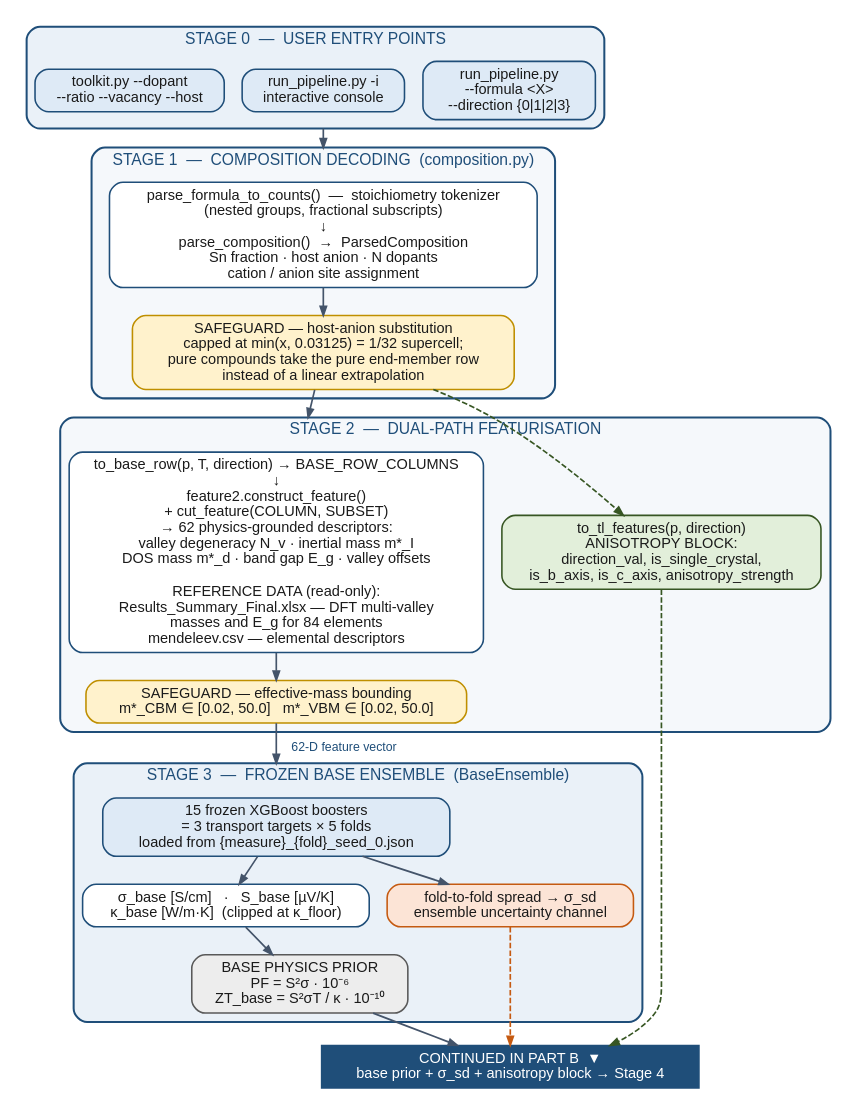
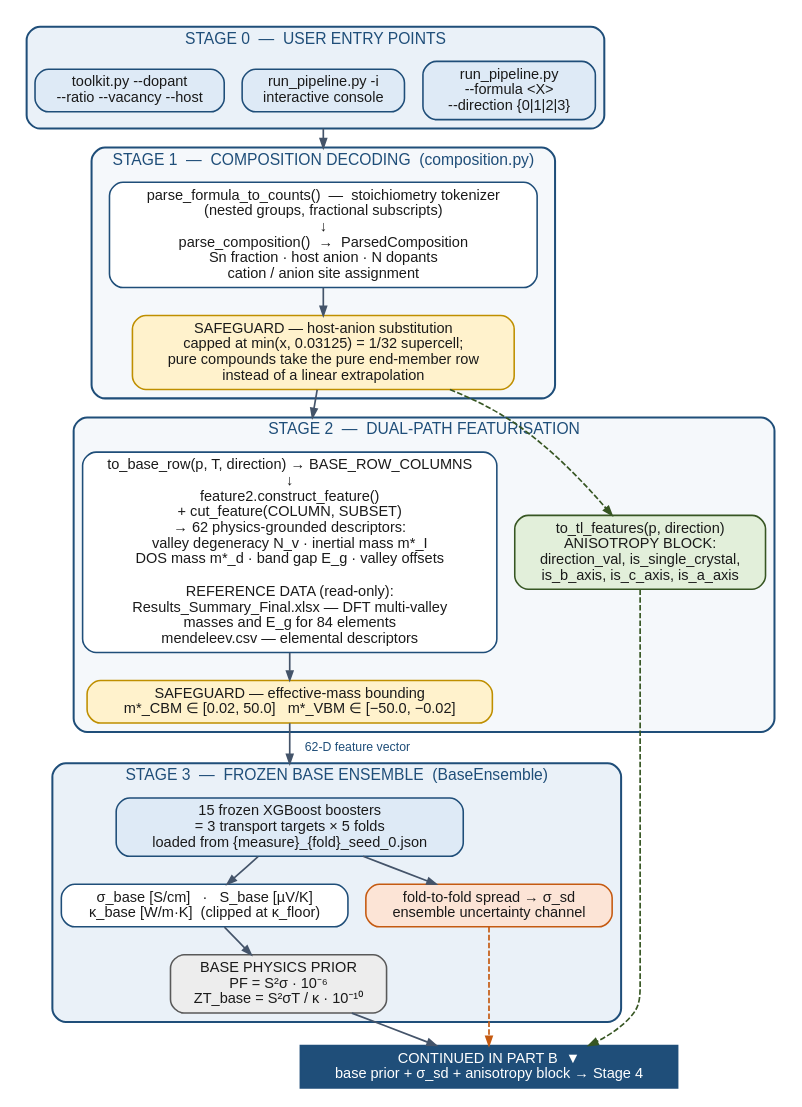
One commit to NischalRaj16/thermoelectric-discovery-engine changed the diagram in docs_assets/architecture_part_a.dot. Above: the diagram before and after it, drawn with Graphviz. The commit also changed 7 other files, not shown here.

```diff
--- a/docs_assets/architecture_part_a.dot
+++ b/docs_assets/architecture_part_a.dot
@@ -1,59 +1,59 @@
 digraph PARTA {
   graph [fontname="Helvetica", bgcolor="white", rankdir=TB, splines=spline,
          nodesep=0.22, ranksep=0.34, compound=true, pad=0.12];
   node  [fontname="Helvetica", shape=box, style="filled,rounded", penwidth=1.4,
          fontsize=13, margin="0.13,0.075", color="#1F4E79", fillcolor="#FFFFFF", fontcolor="#1A1A1A"];
   edge  [fontname="Helvetica", fontsize=11, color="#44546A", arrowsize=0.8,
          penwidth=1.5, fontcolor="#1F4E79"];
 
   subgraph cluster_entry {
     label="STAGE 0  —  USER ENTRY POINTS"; fontsize=14; fontcolor="#1F4E79";
     style="filled,rounded"; fillcolor="#EAF1F8"; color="#1F4E79"; penwidth=1.8;
     e1 [label="run_pipeline.py\n--formula <X>\n--direction {0|1|2|3}", fillcolor="#DEEAF6"];
     e2 [label="run_pipeline.py -i\ninteractive console", fillcolor="#DEEAF6"];
     e3 [label="toolkit.py --dopant\n--ratio --vacancy --host", fillcolor="#DEEAF6"];
     {rank=same; e1; e2; e3;}
   }
 
   subgraph cluster_comp {
     label="STAGE 1  —  COMPOSITION DECODING  (composition.py)"; fontsize=14;
     fontcolor="#1F4E79"; style="filled,rounded"; fillcolor="#F5F8FB"; color="#1F4E79"; penwidth=1.8;
     c1 [label="parse_formula_to_counts()  —  stoichiometry tokenizer\n(nested groups, fractional subscripts)\n↓\nparse_composition()  →  ParsedComposition\nSn fraction · host anion · N dopants\ncation / anion site assignment"];
     c3 [label="SAFEGUARD — host-anion substitution\ncapped at min(x, 0.03125) = 1/32 supercell;\npure compounds take the pure end-member row\ninstead of a linear extrapolation",
         fillcolor="#FFF2CC", color="#BF8F00"];
     c1 -> c3;
   }
 
 
   subgraph cluster_feat {
     label="STAGE 2  —  DUAL-PATH FEATURISATION"; fontsize=14;
     fontcolor="#1F4E79"; style="filled,rounded"; fillcolor="#F5F8FB"; color="#1F4E79"; penwidth=1.8;
     f3 [label="to_base_row(p, T, direction) → BASE_ROW_COLUMNS\n↓\nfeature2.construct_feature()\n+ cut_feature(COLUMN, SUBSET)\n→ 62 physics-grounded descriptors:\nvalley degeneracy N_v · inertial mass m*_I\nDOS mass m*_d · band gap E_g · valley offsets\n\nREFERENCE DATA (read-only):\nResults_Summary_Final.xlsx — DFT multi-valley\nmasses and E_g for 84 elements\nmendeleev.csv — elemental descriptors"];
-    f4 [label="SAFEGUARD — effective-mass bounding\nm*_CBM ∈ [0.02, 50.0]   m*_VBM ∈ [0.02, 50.0]",
+    f4 [label="SAFEGUARD — effective-mass bounding\nm*_CBM ∈ [0.02, 50.0]   m*_VBM ∈ [−50.0, −0.02]",
         fillcolor="#FFF2CC", color="#BF8F00"];
-    f2 [label="to_tl_features(p, direction)\nANISOTROPY BLOCK:\ndirection_val, is_single_crystal,\nis_b_axis, is_c_axis, anisotropy_strength",
+    f2 [label="to_tl_features(p, direction)\nANISOTROPY BLOCK:\ndirection_val, is_single_crystal,\nis_b_axis, is_c_axis, is_a_axis",
         fillcolor="#E2EFDA", color="#375623"];
     f3 -> f4;
   }
 
   subgraph cluster_base {
     label="STAGE 3  —  FROZEN BASE ENSEMBLE  (BaseEnsemble)"; fontsize=14;
     fontcolor="#1F4E79"; style="filled,rounded"; fillcolor="#EAF1F8"; color="#1F4E79"; penwidth=1.8;
     b0 [label="15 frozen XGBoost boosters\n= 3 transport targets × 5 folds\nloaded from {measure}_{fold}_seed_0.json", fillcolor="#DEEAF6"];
     b1 [label="σ_base [S/cm]   ·   S_base [µV/K]\nκ_base [W/m·K]  (clipped at κ_floor)"];
     b4 [label="fold-to-fold spread → σ_sd\nensemble uncertainty channel", fillcolor="#FCE4D6", color="#C55A11"];
     bp [label="BASE PHYSICS PRIOR\nPF = S²σ · 10⁻⁶\nZT_base = S²σT / κ · 10⁻¹⁰", fillcolor="#EDEDED", color="#595959"];
     b0 -> b1; b0 -> b4; b1 -> bp;
     {rank=same; b1; b4;}
   }
 
   cont [label="CONTINUED IN PART B  ▼\nbase prior + σ_sd + anisotropy block → Stage 4",
         shape=box, style="filled", fillcolor="#1F4E79", fontcolor="#FFFFFF", color="#1F4E79", fontsize=13];
 
   e2 -> c1 [lhead=cluster_comp, ltail=cluster_entry];
   c3 -> f3 [lhead=cluster_feat];
   c3 -> f2 [style=dashed, color="#375623"];
   f4 -> b0 [label="  62-D feature vector  ", lhead=cluster_base];
   bp -> cont; b4 -> cont [style=dashed, color="#C55A11"];
   f2 -> cont [style=dashed, color="#375623"];
 }
```
